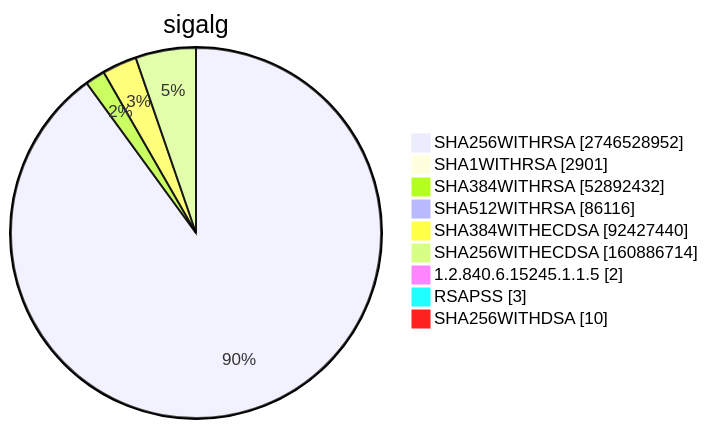
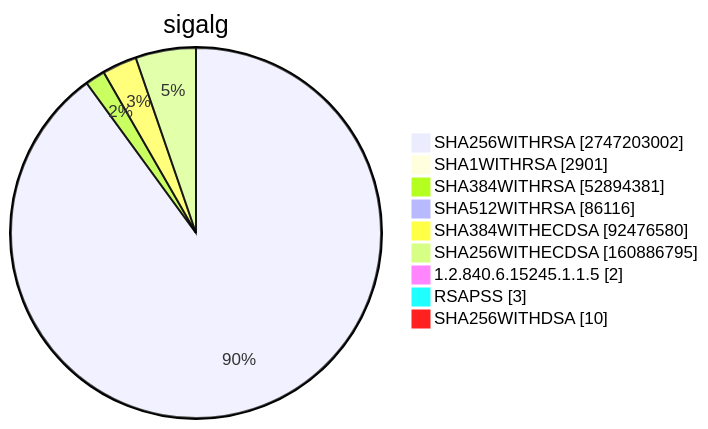
Before and after one commit to christiankrug/ctmonitor_visualization: diagram 15 of 15 in TOTAL/README.md, drawn with Mermaid. The commit also changed other lines of this file, not shown here.

````diff
--- a/TOTAL/README.md
+++ b/TOTAL/README.md
@@ -6206,13 +6206,13 @@
 ```mermaid
 pie showData
 title sigalg
-"SHA256WITHRSA" :2746528952
+"SHA256WITHRSA" :2747203002
 "SHA1WITHRSA" :2901
-"SHA384WITHRSA" :52892432
+"SHA384WITHRSA" :52894381
 "SHA512WITHRSA" :86116
-"SHA384WITHECDSA" :92427440
-"SHA256WITHECDSA" :160886714
+"SHA384WITHECDSA" :92476580
+"SHA256WITHECDSA" :160886795
 "1.2.840.6.15245.1.1.5" :2
 "RSAPSS" :3
 "SHA256WITHDSA" :10
 ```
````
